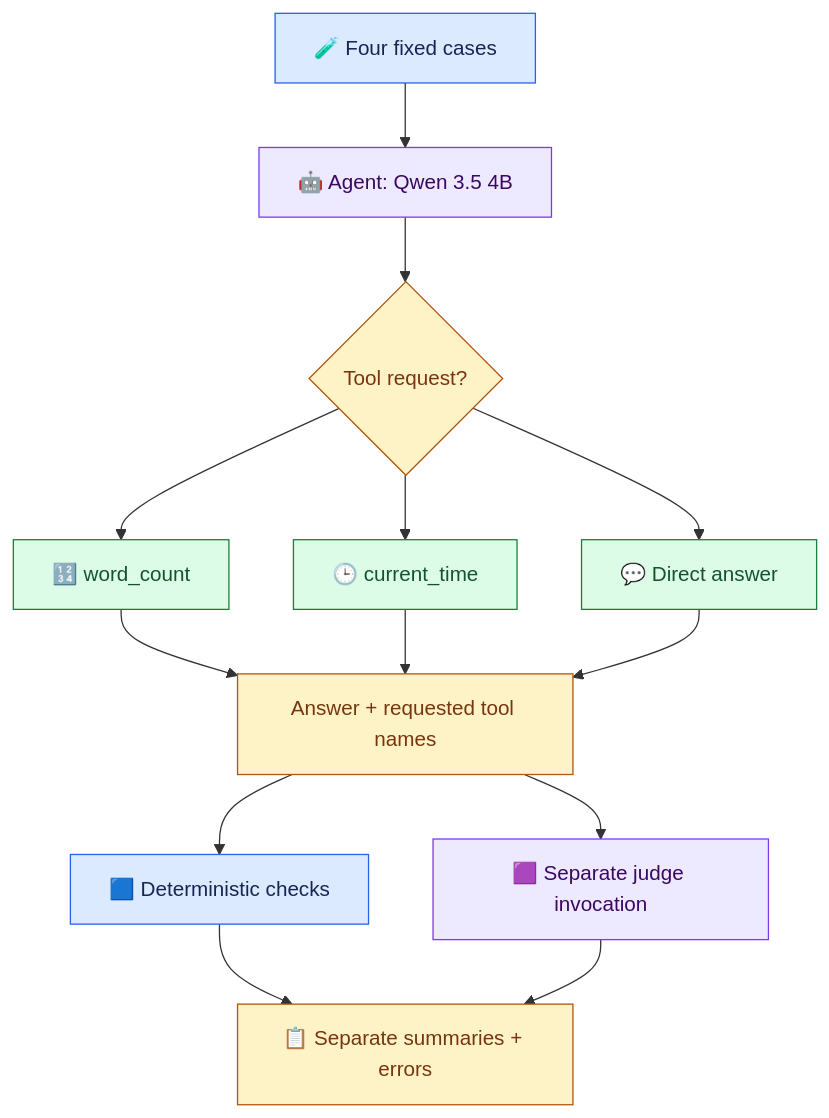
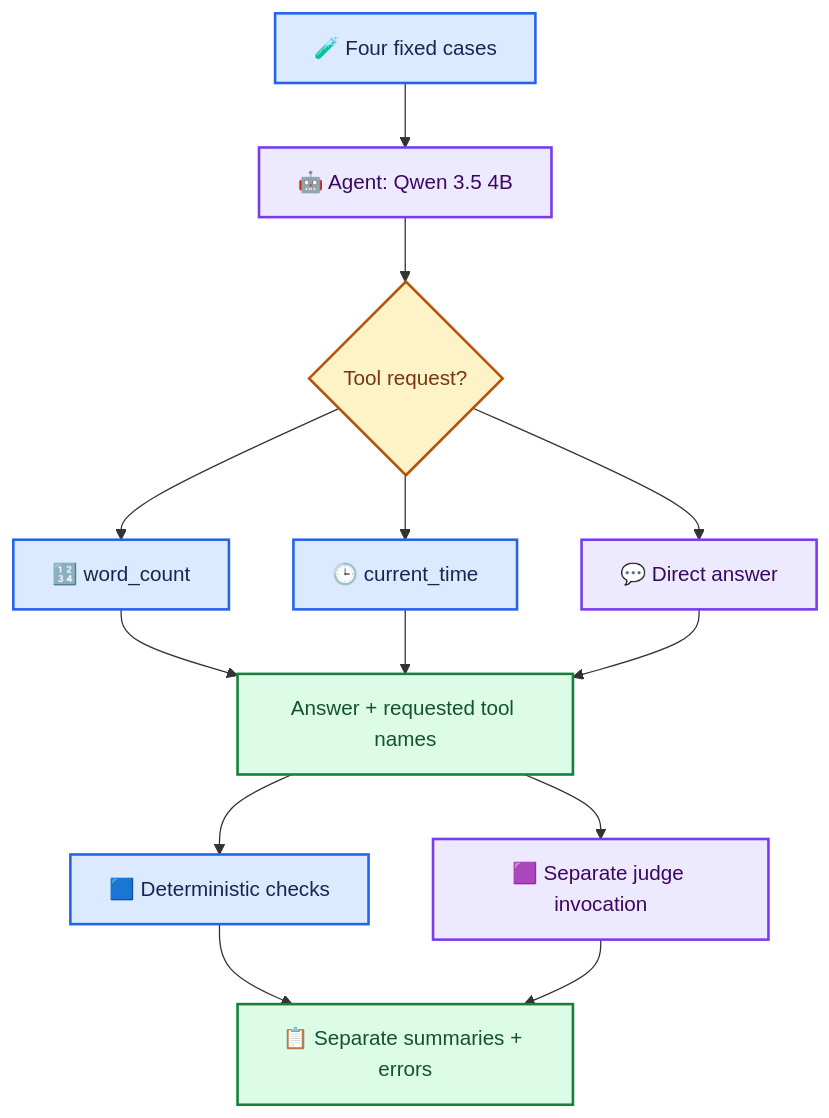
Before and after one commit to anne500/ai-agent-evaluation-harness: the first of 3 diagrams in README.md, drawn with Mermaid. The commit also changed other lines of this file, not shown here.

Commit message:
Apply shared architecture colors and visual conventions

````diff
--- a/README.md
+++ b/README.md
@@ -44,23 +46,29 @@
 ```mermaid
 flowchart TD
     C["🧪 Four fixed cases"] --> A["🤖 Agent: Qwen 3.5 4B"]
     A --> T{"Tool request?"}
     T --> W["🔢 word_count"]
     T --> K["🕒 current_time"]
     T --> N["💬 Direct answer"]
     W --> O["Answer + requested tool names"]
     K --> O
     N --> O
     O --> R["🟦 Deterministic checks"]
     O --> J["🟪 Separate judge invocation"]
     R --> S["📋 Separate summaries + errors"]
     J --> S
-    classDef blue fill:#DBEAFE,stroke:#2563EB,color:#172554
-    classDef green fill:#DCFCE7,stroke:#15803D,color:#14532D
-    classDef purple fill:#EDE9FE,stroke:#7C3AED,color:#3B0764
-    classDef amber fill:#FEF3C7,stroke:#B45309,color:#78350F
-    class C,R blue
-    class A,J purple
-    class W,K,N green
-    class T,O,S amber
+
+    %% Shared architecture palette: see VISUAL_STYLE.md
+    classDef default fill:#F8FAFC,stroke:#475569,color:#0F172A,stroke-width:2px;
+    classDef process fill:#DBEAFE,stroke:#2563EB,color:#172554,stroke-width:2px;
+    classDef model fill:#EDE9FE,stroke:#7C3AED,color:#3B0764,stroke-width:2px;
+    classDef store fill:#CCFBF1,stroke:#0F766E,color:#134E4A,stroke-width:2px;
+    classDef decision fill:#FEF3C7,stroke:#B45309,color:#78350F,stroke-width:2px;
+    classDef human fill:#FFEDD5,stroke:#C2410C,color:#7C2D12,stroke-width:2px;
+    classDef output fill:#DCFCE7,stroke:#15803D,color:#14532D,stroke-width:2px;
+    classDef failure fill:#FEE2E2,stroke:#B91C1C,color:#7F1D1D,stroke-width:2px;
+    class C,W,K,R process;
+    class A,J,N model;
+    class T decision;
+    class O,S output;
 ```
````
